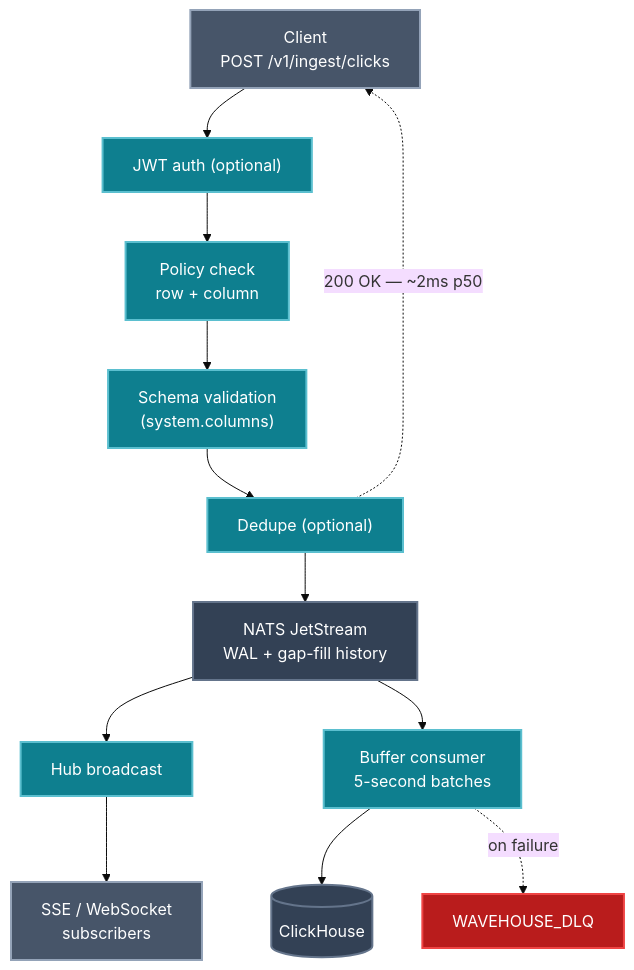
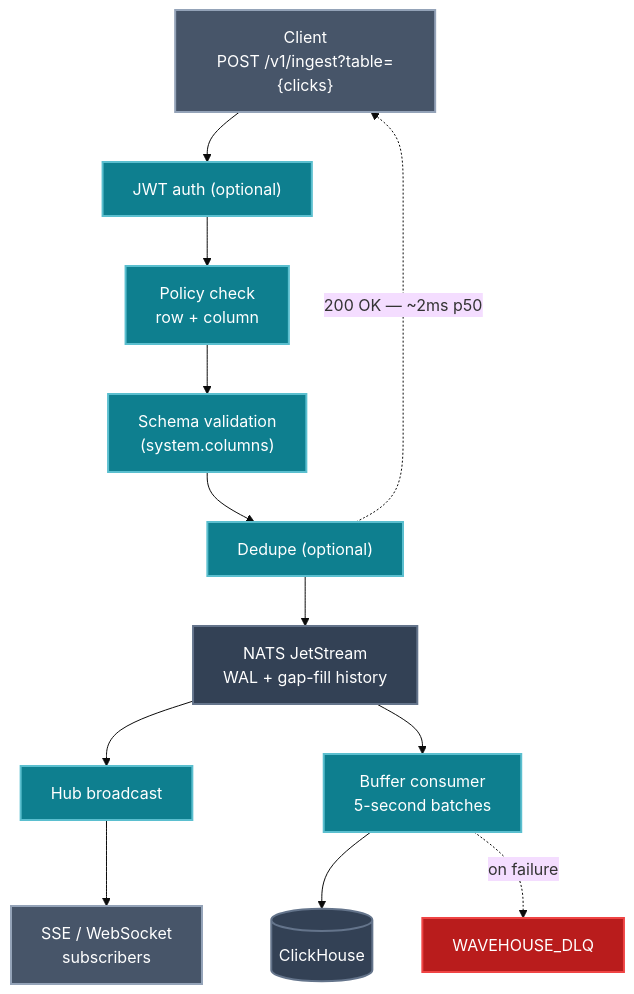
One commit to Wave-RF/WaveHouse changed the fifth of 6 diagrams in docs/src/content/docs/why-wavehouse.md. Above: the diagram before and after it, drawn with Mermaid (base theme). The commit also changed other lines of this file and 13 other files, not shown here.

````diff
--- a/docs/src/content/docs/why-wavehouse.md
+++ b/docs/src/content/docs/why-wavehouse.md
@@ -220,22 +220,22 @@
 ```mermaid
 flowchart TB
     classDef client fill:#475569,stroke:#94a3b8,color:#fff,stroke-width:2px
     classDef wh fill:#0e7f8f,stroke:#5bbfcf,color:#fff,stroke-width:2px
     classDef store fill:#334155,stroke:#64748b,color:#fff,stroke-width:2px
     classDef fail fill:#b91c1c,stroke:#ef4444,color:#fff,stroke-width:2px
 
-    C["Client<br/>POST /v1/ingest/clicks"]:::client
+    C["Client<br/>POST /v1/ingest?table={clicks}"]:::client
     C --> AUTH["JWT auth (optional)"]:::wh
     AUTH --> POL["Policy check<br/>row + column"]:::wh
     POL --> VAL["Schema validation<br/>(system.columns)"]:::wh
     VAL --> DD["Dedupe (optional)"]:::wh
     DD --> NATS["NATS JetStream<br/>WAL + gap-fill history"]:::store
     DD -. "200 OK — ~2ms p50" .-> C
 
     NATS --> HUB["Hub broadcast"]:::wh
     HUB --> RT["SSE / WebSocket<br/>subscribers"]:::client
 
     NATS --> BC["Buffer consumer<br/>5-second batches"]:::wh
     BC --> CH[("ClickHouse")]:::store
     BC -. "on failure" .-> DLQ["WAVEHOUSE_DLQ"]:::fail
 ```
````
